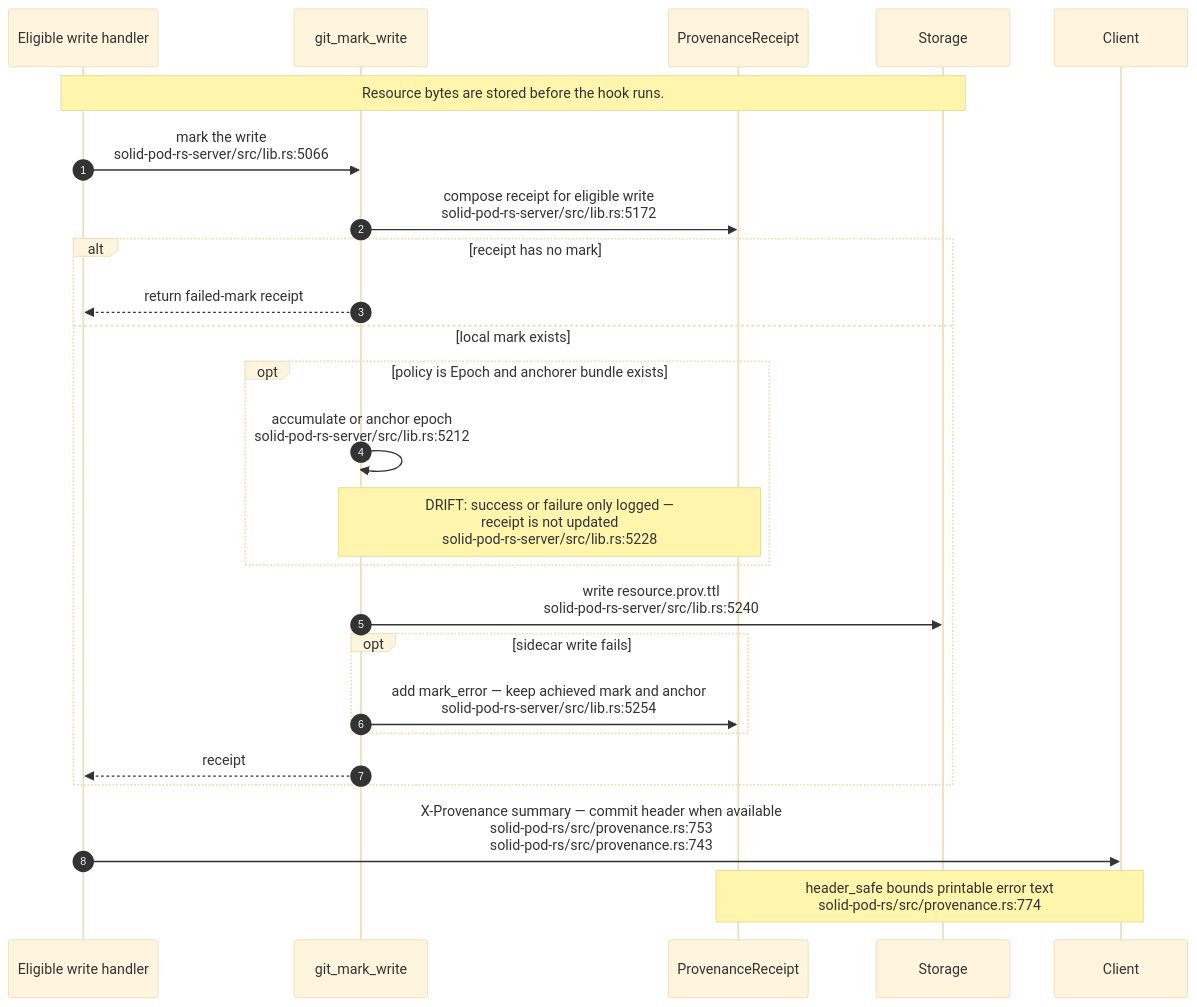
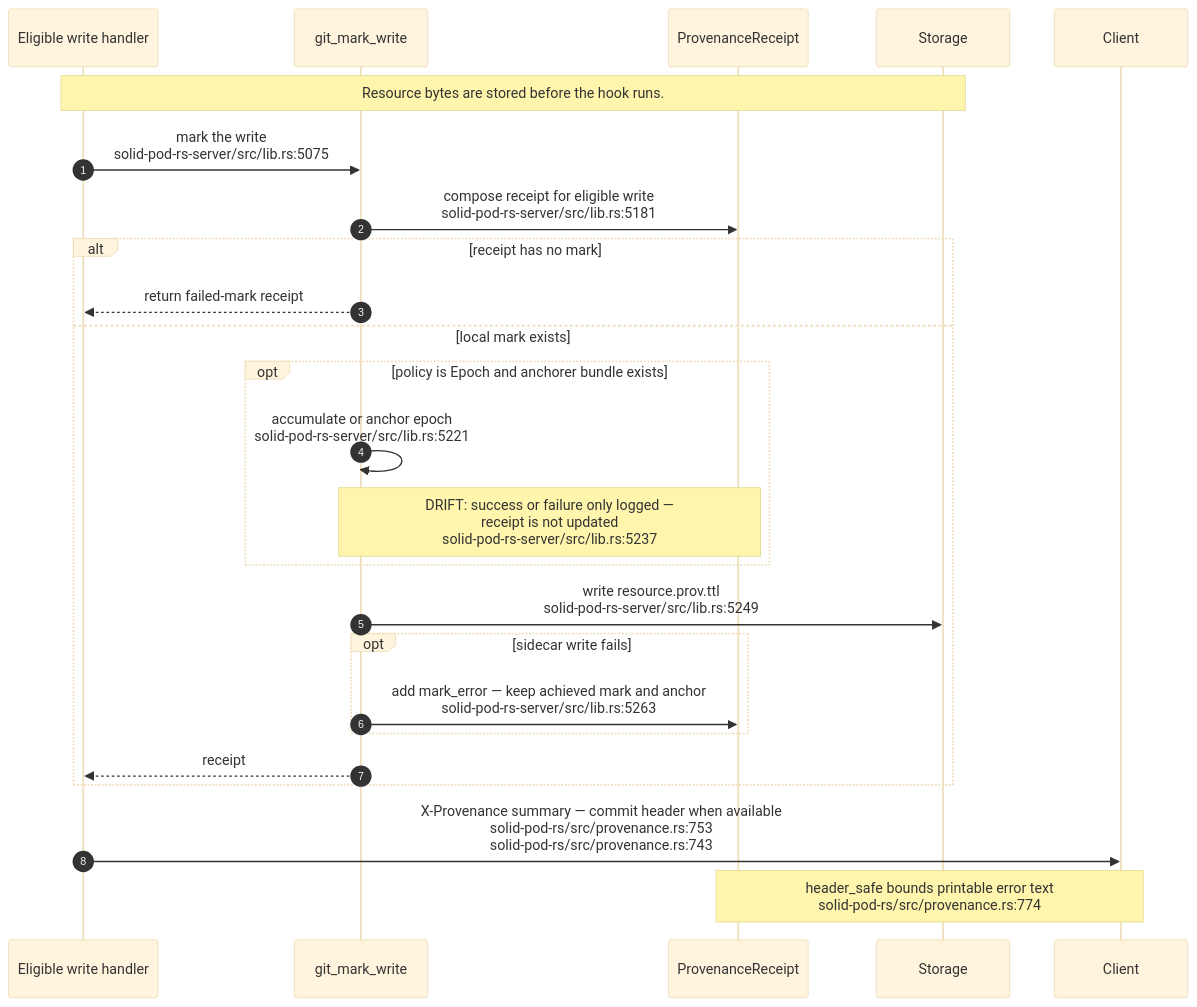
One commit to DreamLab-AI/VisionFlow changed the fifth of 21 diagrams in docs/diagrams/solid-pod-rs/07-provenance-and-payments.md. Above: the diagram before and after it, drawn with Mermaid (base theme). The commit also changed other lines of this file and 18 other files, not shown here.

First line of the commit message:
docs(diagrams): freeze panels for fixed defects and add successors at the fix revisions

````diff
--- a/docs/diagrams/solid-pod-rs/07-provenance-and-payments.md
+++ b/docs/diagrams/solid-pod-rs/07-provenance-and-payments.md
@@ -152,27 +152,27 @@
 ```mermaid
 sequenceDiagram
     autonumber
     participant H as Eligible write handler
     participant G as git_mark_write
     participant R as ProvenanceReceipt
     participant S as Storage
     participant C as Client
     Note over H,S: Resource bytes are stored before the hook runs.
-    H->>G: mark the write<br/>solid-pod-rs-server/src/lib.rs:5066
-    G->>R: compose receipt for eligible write<br/>solid-pod-rs-server/src/lib.rs:5172
+    H->>G: mark the write<br/>solid-pod-rs-server/src/lib.rs:5075
+    G->>R: compose receipt for eligible write<br/>solid-pod-rs-server/src/lib.rs:5181
     alt receipt has no mark
         G-->>H: return failed-mark receipt
     else local mark exists
         opt policy is Epoch and anchorer bundle exists
-            G->>G: accumulate or anchor epoch<br/>solid-pod-rs-server/src/lib.rs:5212
-            Note over G,R: DRIFT: success or failure only logged —<br/>receipt is not updated<br/>solid-pod-rs-server/src/lib.rs:5228
+            G->>G: accumulate or anchor epoch<br/>solid-pod-rs-server/src/lib.rs:5221
+            Note over G,R: DRIFT: success or failure only logged —<br/>receipt is not updated<br/>solid-pod-rs-server/src/lib.rs:5237
         end
-        G->>S: write resource.prov.ttl<br/>solid-pod-rs-server/src/lib.rs:5240
+        G->>S: write resource.prov.ttl<br/>solid-pod-rs-server/src/lib.rs:5249
         opt sidecar write fails
-            G->>R: add mark_error — keep achieved mark and anchor<br/>solid-pod-rs-server/src/lib.rs:5254
+            G->>R: add mark_error — keep achieved mark and anchor<br/>solid-pod-rs-server/src/lib.rs:5263
         end
         G-->>H: receipt
     end
     H->>C: X-Provenance summary — commit header when available<br/>solid-pod-rs/src/provenance.rs:753<br/>solid-pod-rs/src/provenance.rs:743
     Note over R,C: header_safe bounds printable error text<br/>solid-pod-rs/src/provenance.rs:774
 ```
````
